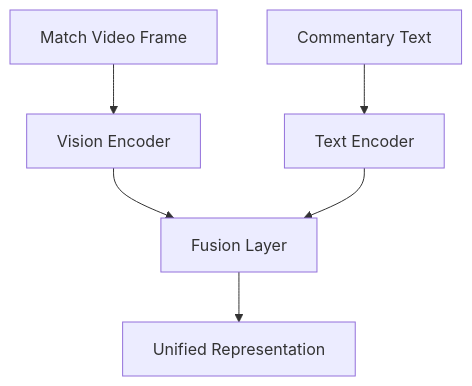
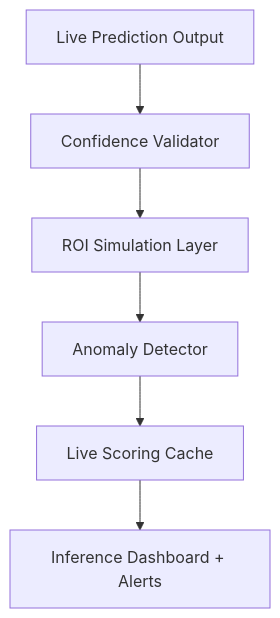
One commit to VegaisMVP/AI-prediction-model-research changed the fourth of 15 diagrams in 03_training_pipeline.md. Above: the diagram before and after it, drawn with Mermaid. The commit also changed other lines of this file, not shown here.

````diff
--- a/03_training_pipeline.md
+++ b/03_training_pipeline.md
@@ -109,8 +204,8 @@
 ```mermaid
 graph TD
-    A[Match Video Frame] --> B[Vision Encoder]
-    C[Commentary Text] --> D[Text Encoder]
-    B --> E[Fusion Layer]
-    D --> E
-    E --> F[Unified Representation]
+    A[Live Prediction Output] --> B[Confidence Validator]
+    B --> C[ROI Simulation Layer]
+    C --> D[Anomaly Detector]
+    D --> E[Live Scoring Cache]
+    E --> F[Inference Dashboard + Alerts]
 ```
````
